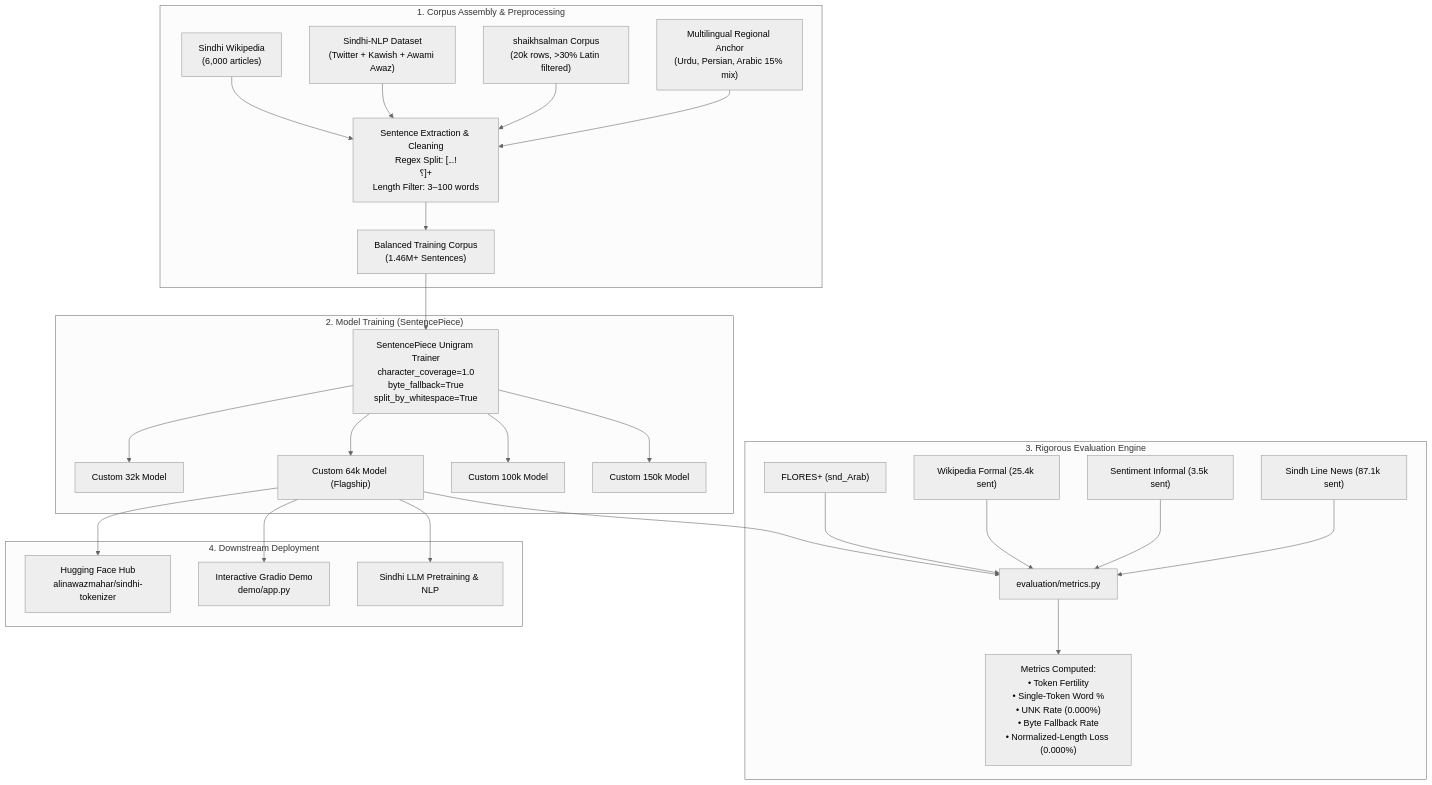
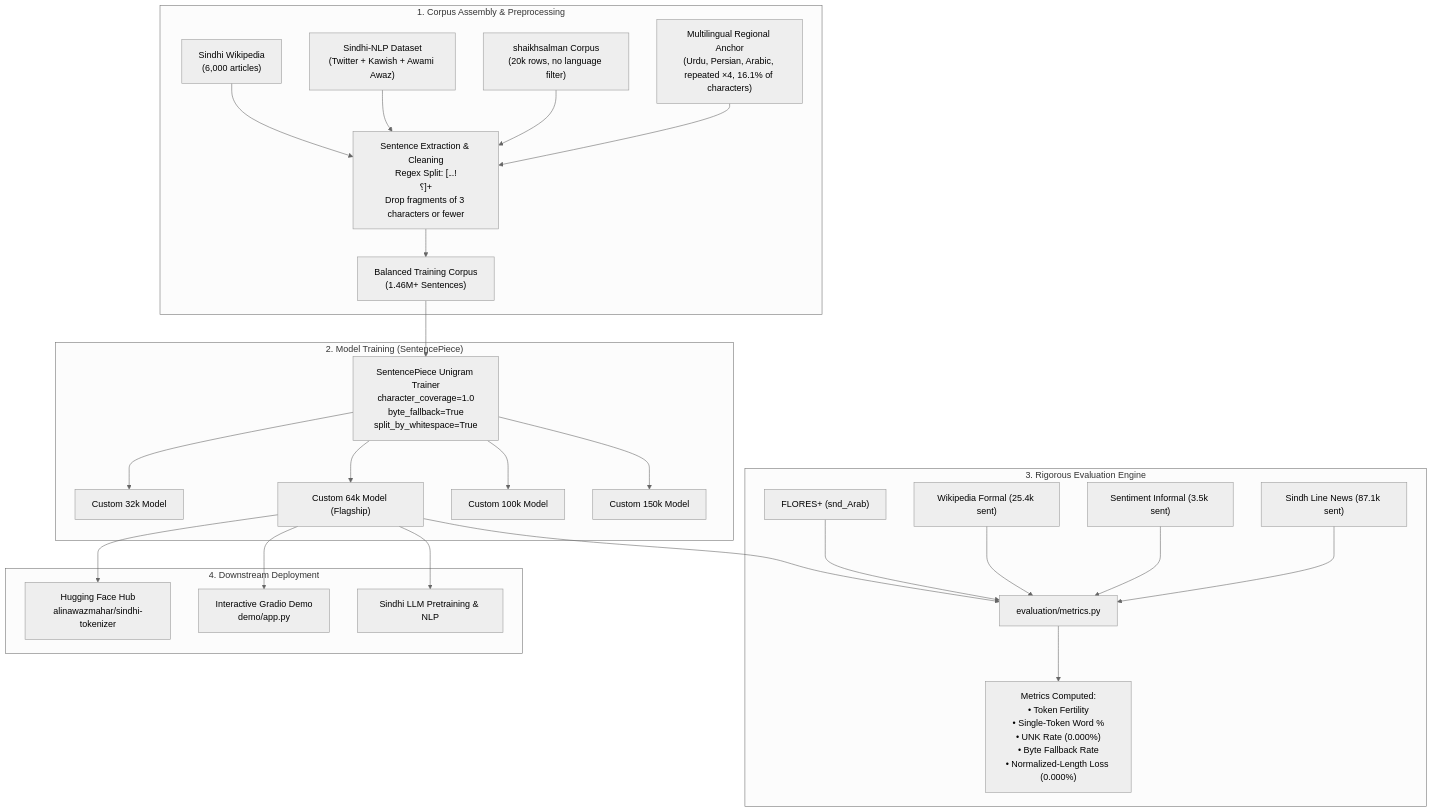
One commit to alinawazcode/sindhi-tokenizer changed the first of 2 diagrams in README.md. Above: the diagram before and after it, drawn with Mermaid (neutral theme). The commit also changed other lines of this file and 8 other files, not shown here.

Commit message:
Correct docs to match training notebook: no Latin filter, 16.1% repeated cross-lingual text, authorship, softened claims

````diff
--- a/README.md
+++ b/README.md
@@ -168,33 +168,33 @@
 ```mermaid
 flowchart TD
     subgraph Data_Pipeline["1. Corpus Assembly & Preprocessing"]
-        A1["Sindhi Wikipedia<br/>(6,000 articles)"] --> P["Sentence Extraction & Cleaning<br/>Regex Split: [۔.!\n؟]+<br/>Length Filter: 3–100 words"]
+        A1["Sindhi Wikipedia<br/>(6,000 articles)"] --> P["Sentence Extraction & Cleaning<br/>Regex Split: [۔.!\n؟]+<br/>Drop fragments of 3 characters or fewer"]
         A2["Sindhi-NLP Dataset<br/>(Twitter + Kawish + Awami Awaz)"] --> P
-        A3["shaikhsalman Corpus<br/>(20k rows, >30% Latin filtered)"] --> P
-        A4["Multilingual Regional Anchor<br/>(Urdu, Persian, Arabic 15% mix)"] --> P
+        A3["shaikhsalman Corpus<br/>(20k rows, no language filter)"] --> P
+        A4["Multilingual Regional Anchor<br/>(Urdu, Persian, Arabic, repeated ×4, 16.1% of characters)"] --> P
         P --> C["Balanced Training Corpus<br/>(1.46M+ Sentences)"]
     end
 
     subgraph Training_Engine["2. Model Training (SentencePiece)"]
         C --> SP["SentencePiece Unigram Trainer<br/>character_coverage=1.0<br/>byte_fallback=True<br/>split_by_whitespace=True"]
         SP --> M1["Custom 32k Model"]
         SP --> M2["Custom 64k Model (Flagship)"]
         SP --> M3["Custom 100k Model"]
         SP --> M4["Custom 150k Model"]
     end
 
     subgraph Evaluation_Suite["3. Rigorous Evaluation Engine"]
         M2 --> E["evaluation/metrics.py"]
         REG1["FLORES+ (snd_Arab)"] --> E
         REG2["Wikipedia Formal (25.4k sent)"] --> E
         REG3["Sentiment Informal (3.5k sent)"] --> E
         REG4["Sindh Line News (87.1k sent)"] --> E
         E --> MET["Metrics Computed:<br/>• Token Fertility<br/>• Single-Token Word %<br/>• UNK Rate (0.000%)<br/>• Byte Fallback Rate<br/>• Normalized-Length Loss (0.000%)"]
     end
 
     subgraph Downstream["4. Downstream Deployment"]
         M2 --> HF["Hugging Face Hub<br/>alinawazmahar/sindhi-tokenizer"]
         M2 --> GR["Interactive Gradio Demo<br/>demo/app.py"]
         M2 --> LLM["Sindhi LLM Pretraining & NLP"]
     end
 ```
````
